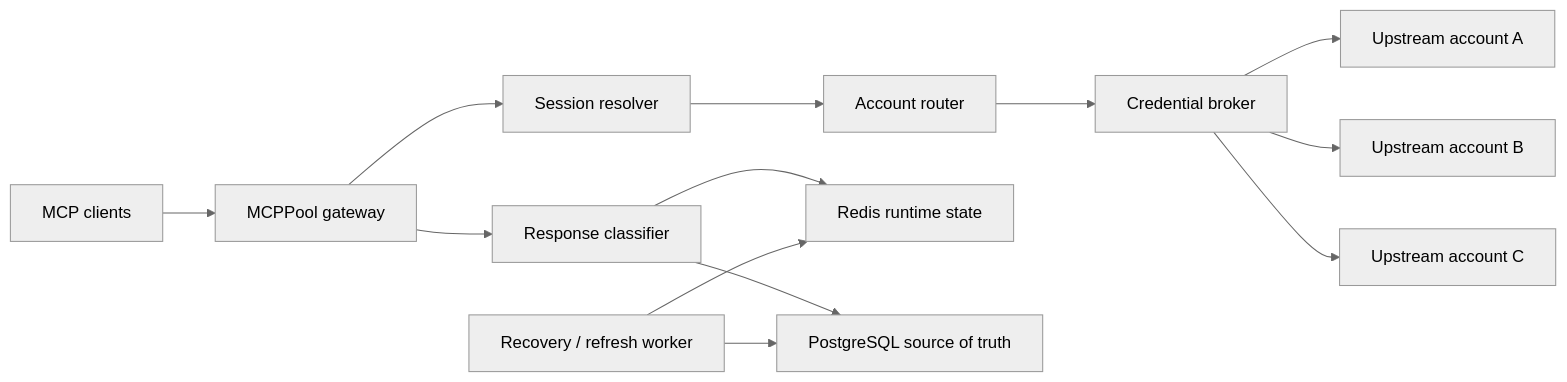
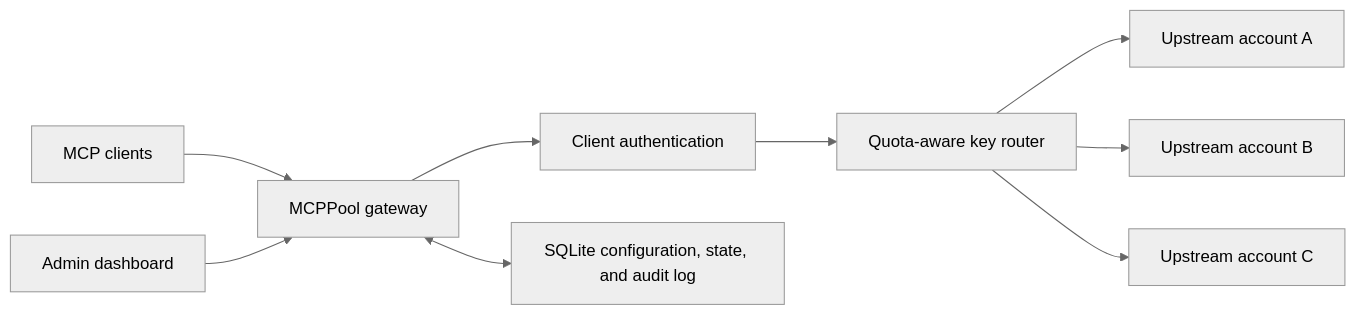
Before and after one commit to kuddy-on/mcp-pool: the diagram in README.md, drawn with Mermaid (neutral theme). The commit also changed other lines of this file and 35 other files, not shown here.

First line of the commit message:
feat: secure gateway access and expand admin controls

````diff
--- a/README.md
+++ b/README.md
@@ -23,16 +26,11 @@
 ```mermaid
 flowchart LR
     Client["MCP clients"] --> Gateway["MCPPool gateway"]
-    Gateway --> Session["Session resolver"]
-    Session --> Router["Account router"]
-    Router --> Broker["Credential broker"]
-    Broker --> A["Upstream account A"]
-    Broker --> B["Upstream account B"]
-    Broker --> C["Upstream account C"]
-
-    Gateway --> Classifier["Response classifier"]
-    Classifier --> Redis["Redis runtime state"]
-    Classifier --> Postgres["PostgreSQL source of truth"]
-    Worker["Recovery / refresh worker"] --> Redis
-    Worker --> Postgres
+    Admin["Admin dashboard"] --> Gateway
+    Gateway --> Auth["Client authentication"]
+    Auth --> Router["Quota-aware key router"]
+    Router --> A["Upstream account A"]
+    Router --> B["Upstream account B"]
+    Router --> C["Upstream account C"]
+    Gateway <--> SQLite["SQLite configuration, state, and audit log"]
 ```
````
